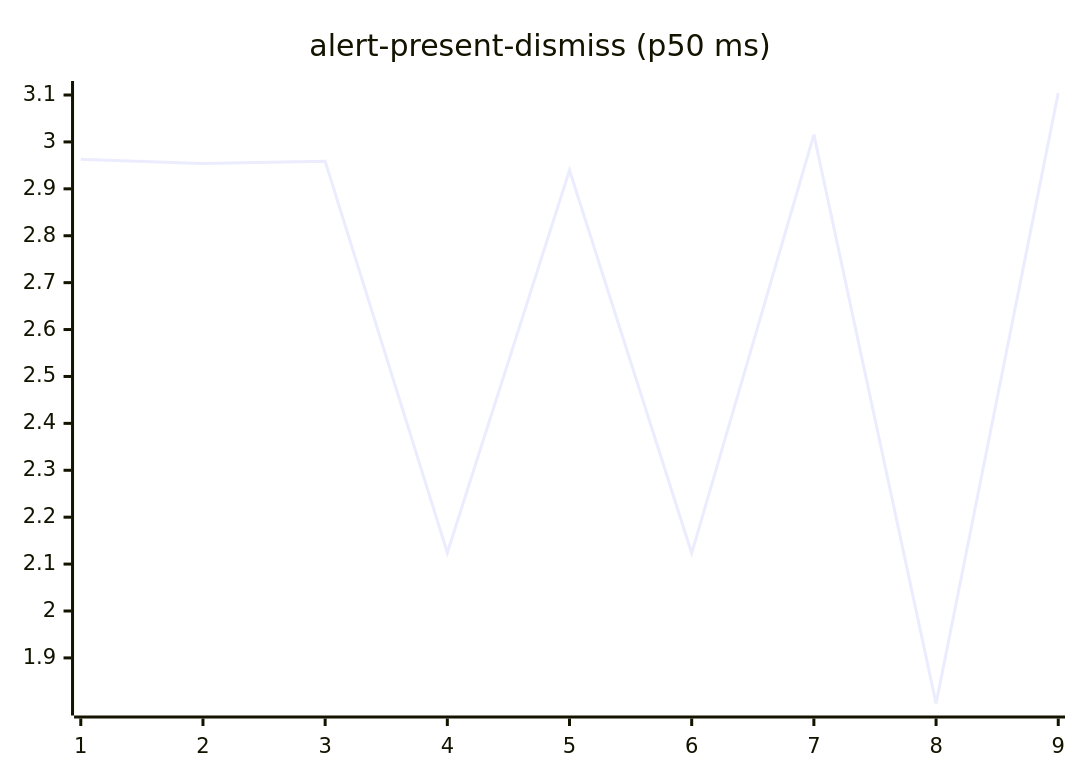
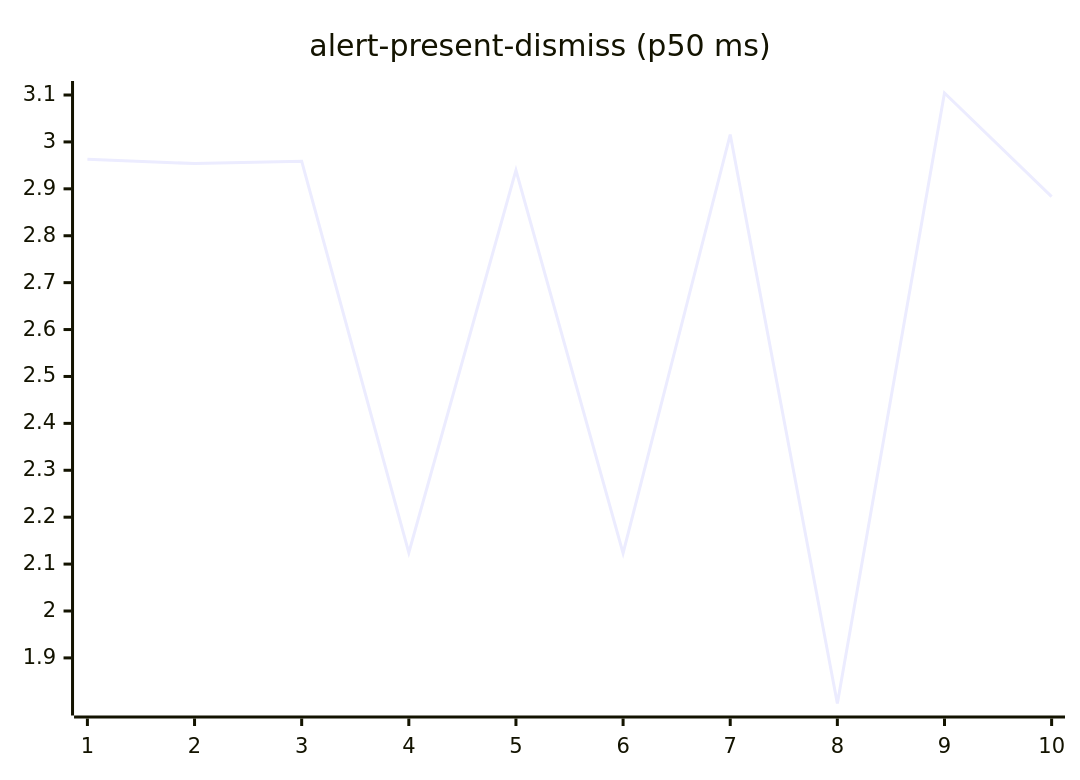
One commit to josha/Facet changed the second of 27 diagrams in README.md. Above: the diagram before and after it, drawn with Mermaid. The commit also changed other lines of this file and 2 other files, not shown here.

````diff
--- a/README.md
+++ b/README.md
@@ -70,6 +70,6 @@
 ```mermaid
 xychart-beta
     title "alert-present-dismiss (p50 ms)"
-    x-axis 1 --> 9
-    line [2.9632, 2.9538, 2.9589, 2.1244, 2.9396, 2.1232, 3.0157, 1.8028, 3.1043]
+    x-axis 1 --> 10
+    line [2.9632, 2.9538, 2.9589, 2.1244, 2.9396, 2.1232, 3.0157, 1.8028, 3.1043, 2.8834]
 ```
````
